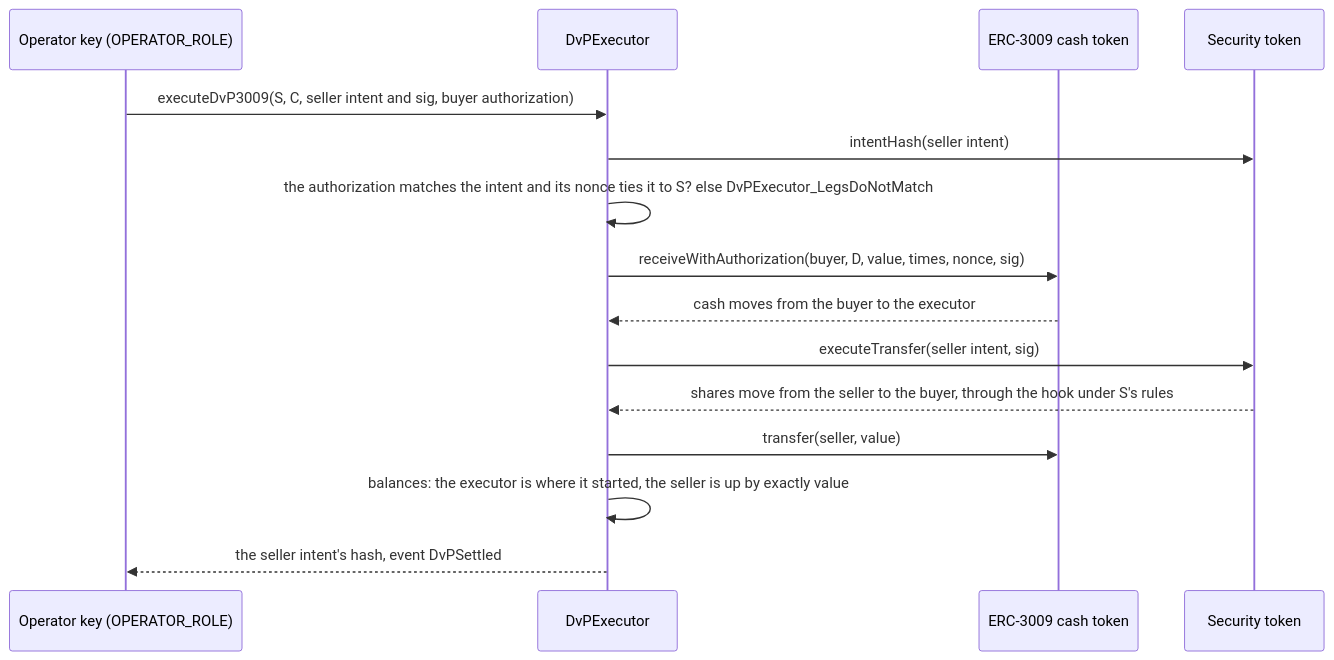
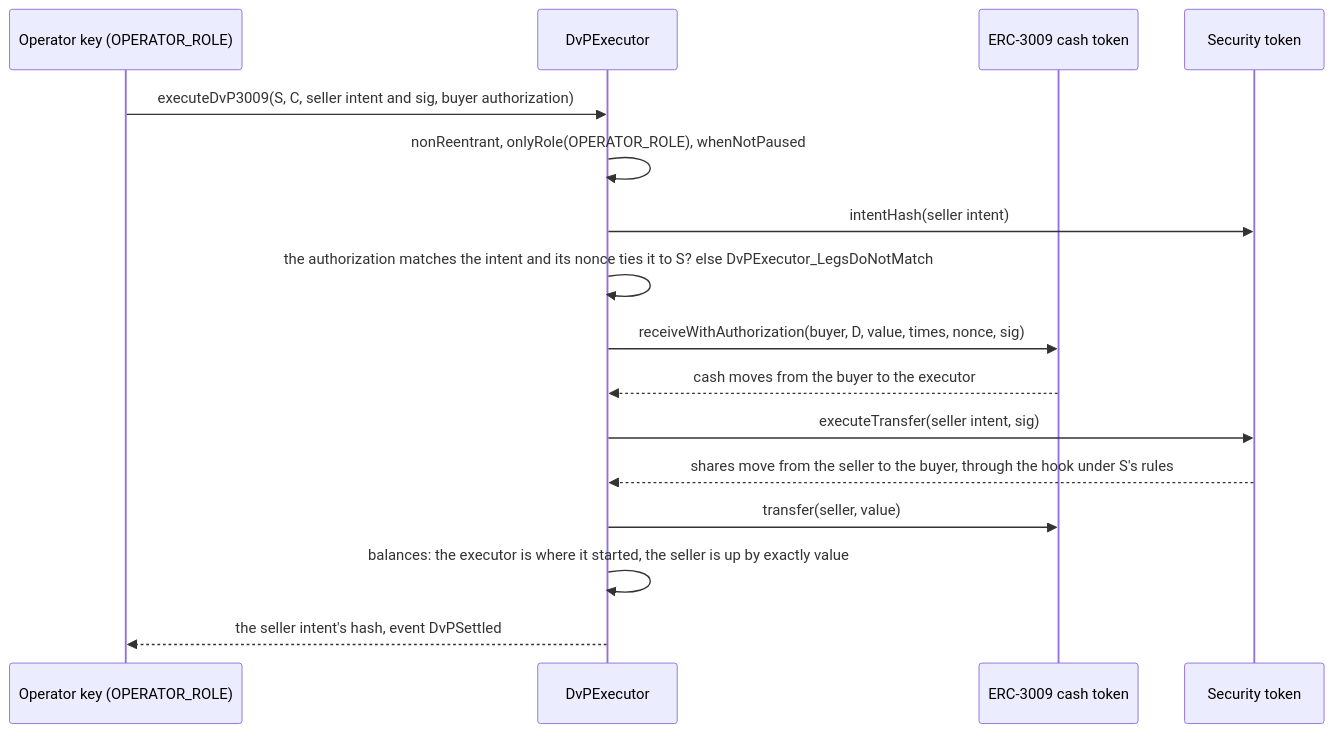
One commit to fepvenancio/rwa-token changed the second of 2 diagrams in docs/flows-dvp.md. Above: the diagram before and after it, drawn with Mermaid. The commit also changed other lines of this file and 10 other files, not shown here.

````diff
--- a/docs/flows-dvp.md
+++ b/docs/flows-dvp.md
@@ -67,18 +67,19 @@
 ```mermaid
 sequenceDiagram
   participant Op as Operator key (OPERATOR_ROLE)
   participant D as DvPExecutor
   participant C as ERC-3009 cash token
   participant S as Security token
 
   Op->>D: executeDvP3009(S, C, seller intent and sig, buyer authorization)
+  D->>D: nonReentrant, onlyRole(OPERATOR_ROLE), whenNotPaused
   D->>S: intentHash(seller intent)
   D->>D: the authorization matches the intent and its nonce ties it to S? else DvPExecutor_LegsDoNotMatch
   D->>C: receiveWithAuthorization(buyer, D, value, times, nonce, sig)
   C-->>D: cash moves from the buyer to the executor
   D->>S: executeTransfer(seller intent, sig)
   S-->>D: shares move from the seller to the buyer, through the hook under S's rules
   D->>C: transfer(seller, value)
   D->>D: balances: the executor is where it started, the seller is up by exactly value
   D-->>Op: the seller intent's hash, event DvPSettled
 ```
````
